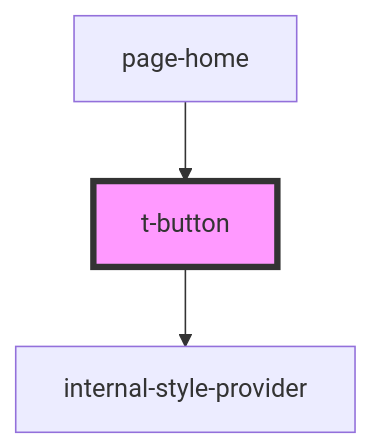
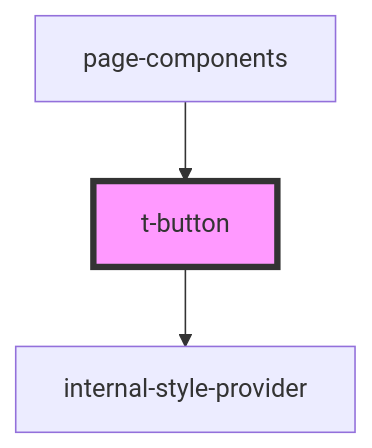
One commit to TomasEng/web-components changed the diagram in packages/stencil/src/components/t-button/readme.md. Above: the diagram before and after it, drawn with Mermaid. The commit also changed other lines of this file and 37 other files, not shown here.

````diff
--- a/packages/stencil/src/components/t-button/readme.md
+++ b/packages/stencil/src/components/t-button/readme.md
@@ -27,6 +27,6 @@
 ```mermaid
 graph TD;
   t-button --> internal-style-provider
-  page-home --> t-button
+  page-components --> t-button
   style t-button fill:#f9f,stroke:#333,stroke-width:4px
 ```
````
